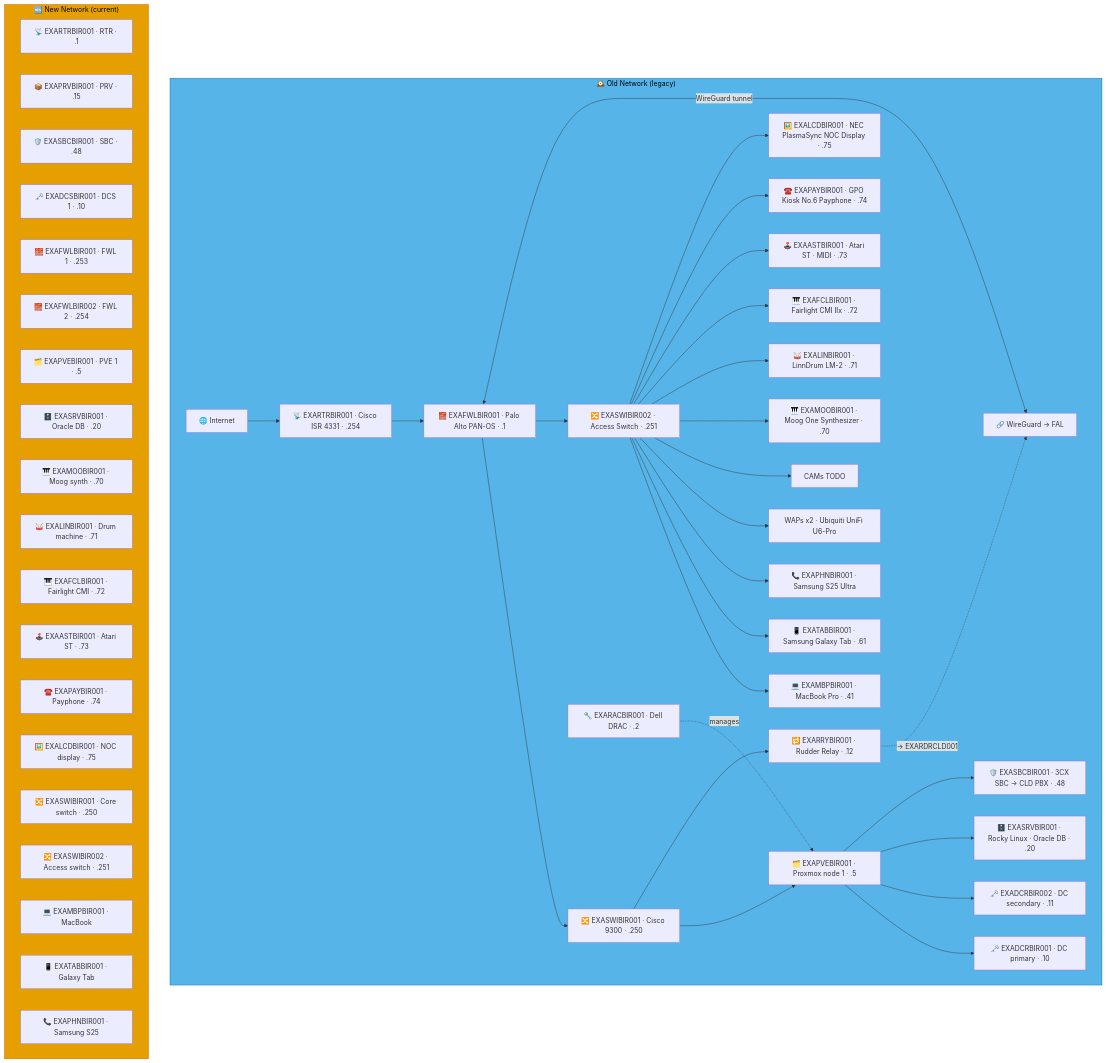
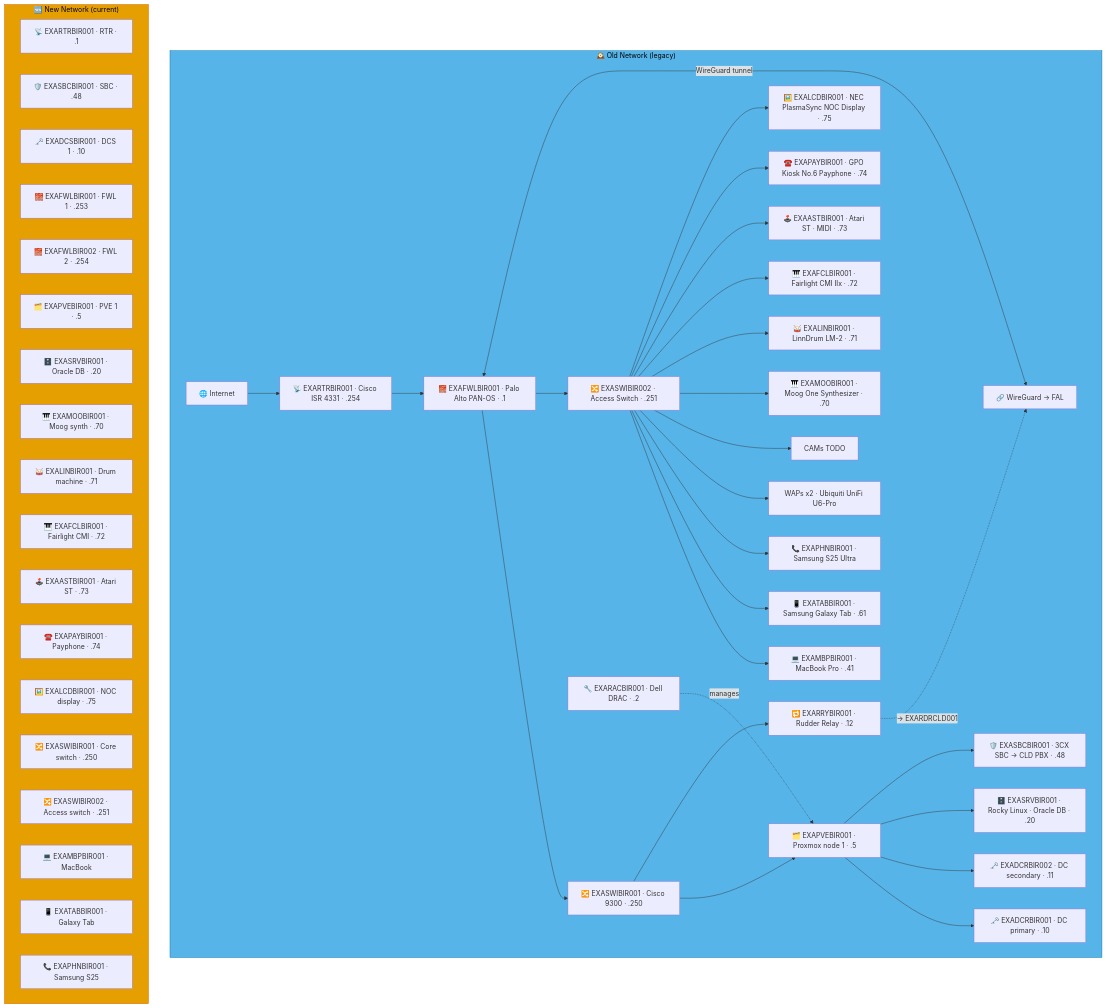
The second of 9 diagrams in docs/network-diagram/england.md (knightmare2600/example_music_infra), drawn with Mermaid before and after one commit. The commit also changed other lines of this file and 55 other files, not shown here.

````diff
--- a/docs/network-diagram/england.md
+++ b/docs/network-diagram/england.md
@@ -75,64 +74,63 @@
 ```mermaid
 graph TD
     subgraph OLD_BIR ["🕰️ Old Network (legacy)"]
       INET["🌐 Internet"]
       FWL["🧱 EXAFWLBIR001 · Palo Alto PAN-OS · .1"]
       SW1["🔀 EXASWIBIR001 · Cisco 9300 · .250"]
       SW2["🔀 EXASWIBIR002 · Access Switch · .251"]
       RTR["📡 EXARTRBIR001 · Cisco ISR 4331 · .254"]
       RAC["🔧 EXARACBIR001 · Dell DRAC · .2"]
       PVE["🗂️ EXAPVEBIR001 · Proxmox node 1 · .5"]
       DC1["🗝️ EXADCRBIR001 · DC primary · .10"]
       DC2["🗝️ EXADCRBIR002 · DC secondary · .11"]
       SRV["🗄️ EXASRVBIR001 · Rocky Linux · Oracle DB · .20"]
       SBC["🛡️ EXASBCBIR001 · 3CX SBC → CLD PBX · .48"]
       RRY["🔁 EXARRYBIR001 · Rudder Relay · .12"]
       MBP["💻 EXAMBPBIR001 · MacBook Pro · .41"]
       TAB["📱 EXATABBIR001 · Samsung Galaxy Tab · .61"]
       PHN["📞 EXAPHNBIR001 · Samsung S25 Ultra"]
       WAP["WAPs x2 · Ubiquiti UniFi U6-Pro"]
       CAM["CAMs TODO"]
       MOO["🎹 EXAMOOBIR001 · Moog One Synthesizer · .70"]
       LIN["🥁 EXALINBIR001 · LinnDrum LM-2 · .71"]
       FCL["🎹 EXAFCLBIR001 · Fairlight CMI IIx · .72"]
       AST["🕹️ EXAASTBIR001 · Atari ST · MIDI · .73"]
       PAY["☎️ EXAPAYBIR001 · GPO Kiosk No.6 Payphone · .74"]
       LCD["🖼️ EXALCDBIR001 · NEC PlasmaSync NOC Display · .75"]
       VPN["🔗 WireGuard → FAL"]
 
       INET --> RTR --> FWL --> SW1 & SW2
       SW1 --> PVE --> DC1 & DC2 & SRV & SBC
       RAC -.->|"manages"| PVE
       SW2 --> MBP & TAB & PHN & WAP & CAM
       SW2 --> MOO & LIN & FCL & AST & PAY & LCD
       FWL <-->|"WireGuard tunnel"| VPN
 
       SW1 --> RRY
       RRY -. "→ EXARDRCLD001" .-> VPN
     end
     style OLD_BIR fill:#56B4E9,stroke:#0072B2,color:#000000
     %% GENERATED:NEW-NETWORK:BIR:START
     subgraph NEW_BIR ["🆕 New Network (current)"]
       N_RTR["📡 EXARTRBIR001 · RTR · .1"]
-      N_PRV["📦 EXAPRVBIR001 · PRV · .15"]
       N_SBC["🛡️ EXASBCBIR001 · SBC · .48"]
       N_DCS["🗝️ EXADCSBIR001 · DCS 1 · .10"]
       N_FWL["🧱 EXAFWLBIR001 · FWL 1 · .253"]
       N_FWL2["🧱 EXAFWLBIR002 · FWL 2 · .254"]
       N_PVE["🗂️ EXAPVEBIR001 · PVE 1 · .5"]
       N_SRV["🗄️ EXASRVBIR001 · Oracle DB · .20"]
       N_MOO["🎹 EXAMOOBIR001 · Moog synth · .70"]
       N_LIN["🥁 EXALINBIR001 · Drum machine · .71"]
       N_FCL["🎹 EXAFCLBIR001 · Fairlight CMI · .72"]
       N_AST["🕹️ EXAASTBIR001 · Atari ST · .73"]
       N_PAY["☎️ EXAPAYBIR001 · Payphone · .74"]
       N_LCD["🖼️ EXALCDBIR001 · NOC display · .75"]
       N_SWI["🔀 EXASWIBIR001 · Core switch · .250"]
       N_SWI2["🔀 EXASWIBIR002 · Access switch · .251"]
       N_MBP["💻 EXAMBPBIR001 · MacBook"]
       N_TAB["📱 EXATABBIR001 · Galaxy Tab"]
       N_PHN["📞 EXAPHNBIR001 · Samsung S25"]
     end
     style NEW_BIR fill:#E69F00,stroke:#D55E00,color:#000000
     %% GENERATED:NEW-NETWORK:BIR:END
 ```
````
